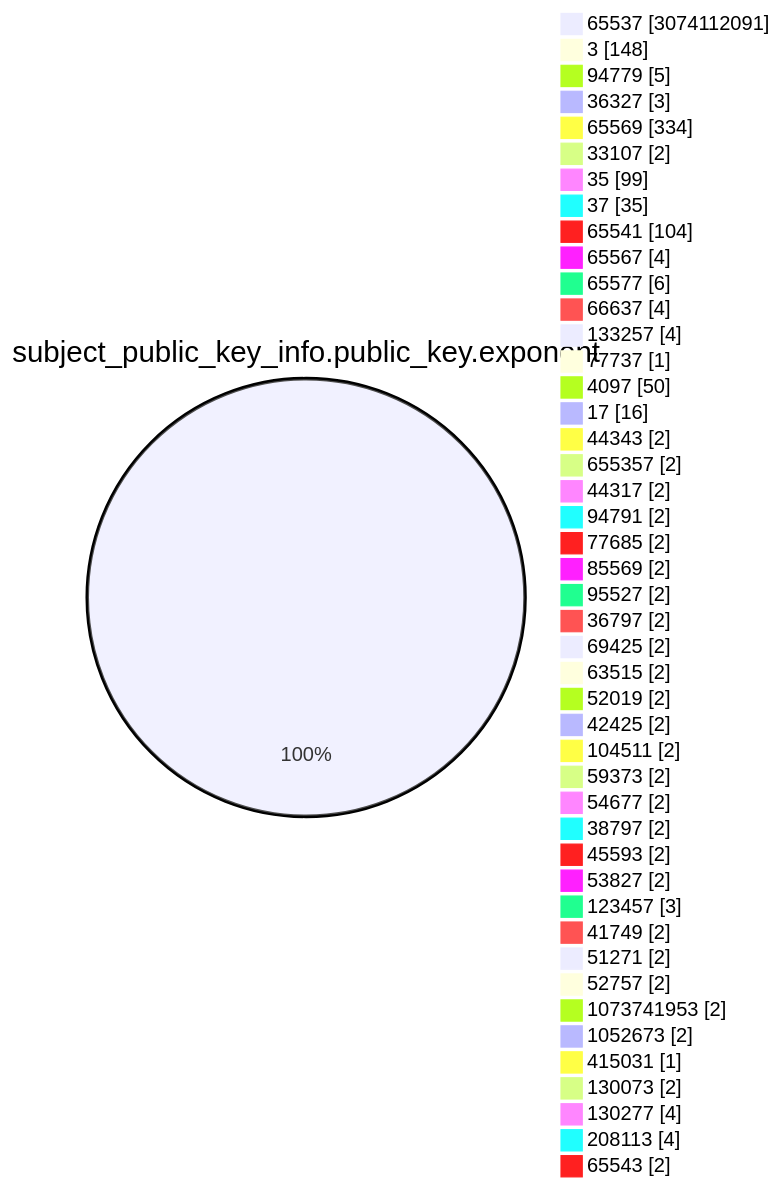
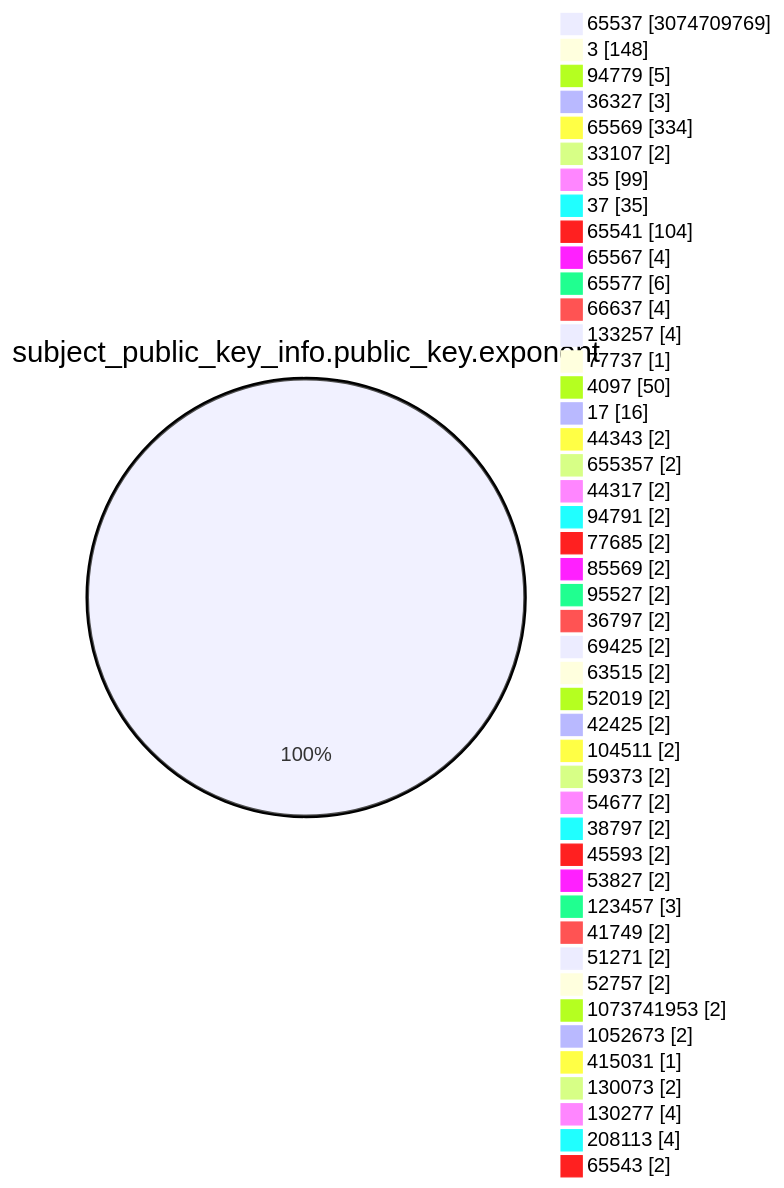
Before and after one commit to christiankrug/ctmonitor_visualization: the fourth of 15 diagrams in TOTAL/README.md, drawn with Mermaid. The commit also changed other lines of this file, not shown here.

````diff
--- a/TOTAL/README.md
+++ b/TOTAL/README.md
@@ -1473,49 +1473,49 @@
 ```mermaid
 pie showData
 title subject_public_key_info.public_key.exponent
-"65537" :3074112091
+"65537" :3074709769
 "3" :148
 "94779" :5
 "36327" :3
 "65569" :334
 "33107" :2
 "35" :99
 "37" :35
 "65541" :104
 "65567" :4
 "65577" :6
 "66637" :4
 "133257" :4
 "77737" :1
 "4097" :50
 "17" :16
 "44343" :2
 "655357" :2
 "44317" :2
 "94791" :2
 "77685" :2
 "85569" :2
 "95527" :2
 "36797" :2
 "69425" :2
 "63515" :2
 "52019" :2
 "42425" :2
 "104511" :2
 "59373" :2
 "54677" :2
 "38797" :2
 "45593" :2
 "53827" :2
 "123457" :3
 "41749" :2
 "51271" :2
 "52757" :2
 "1073741953" :2
 "1052673" :2
 "415031" :1
 "130073" :2
 "130277" :4
 "208113" :4
 "65543" :2
 ```
````
